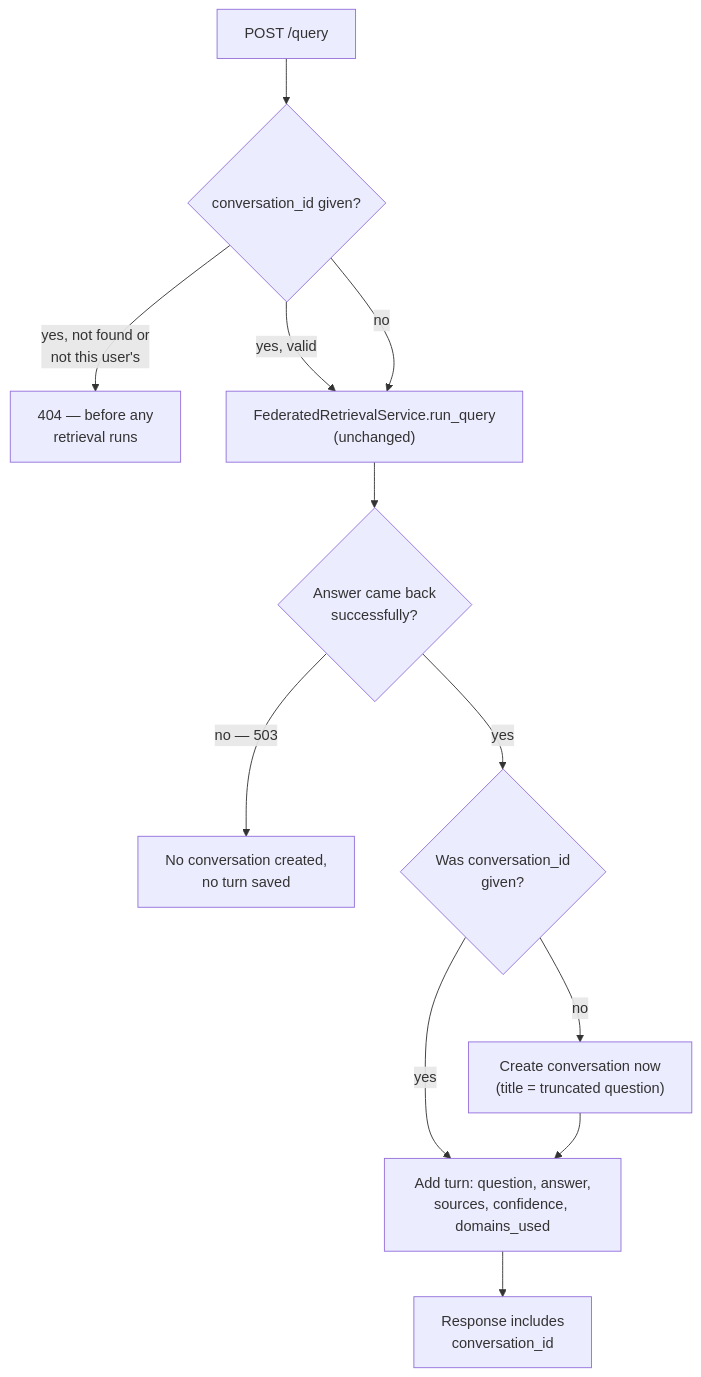
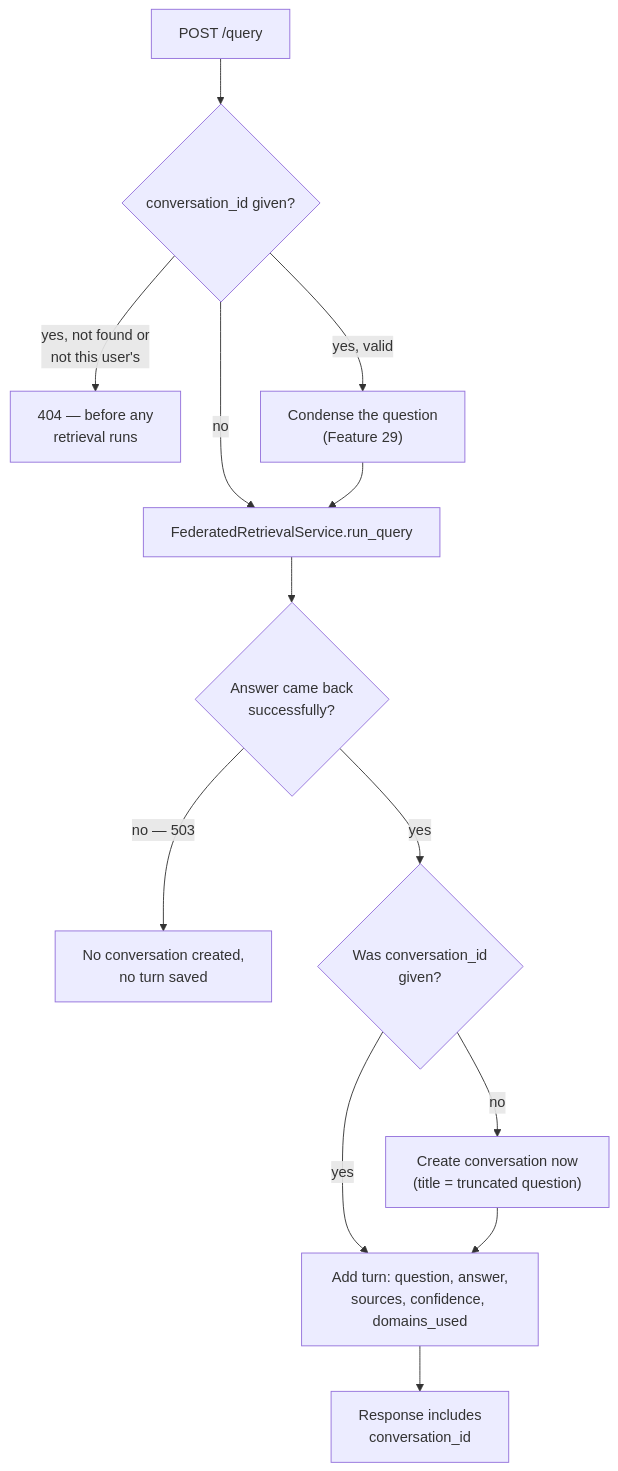
Diagram 30 of 31 in knowledge-brain/docs/INTERVIEW_PREP.md (NavdeepTU/genai_projects), drawn with Mermaid before and after one commit. The commit also changed other lines of this file and 18 other files, not shown here.

````diff
--- a/knowledge-brain/docs/INTERVIEW_PREP.md
+++ b/knowledge-brain/docs/INTERVIEW_PREP.md
@@ -3079,14 +3079,15 @@
 ```mermaid
 flowchart TD
     Q[POST /query] --> HASID{"conversation_id given?"}
     HASID -->|"yes, not found or<br/>not this user's"| E404["404 — before any<br/>retrieval runs"]
-    HASID -->|"yes, valid"| RUN
-    HASID -->|no| RUN["FederatedRetrievalService.run_query<br/>(unchanged)"]
+    HASID -->|"yes, valid"| CONDENSE
+    HASID -->|no| RUN
+    CONDENSE["Condense the question<br/>(Feature 29)"] --> RUN["FederatedRetrievalService.run_query"]
     RUN --> RESULT{Answer came back<br/>successfully?}
     RESULT -->|"no — 503"| FAIL["No conversation created,<br/>no turn saved"]
     RESULT -->|yes| CREATE{"Was conversation_id<br/>given?"}
     CREATE -->|no| NEWCONV["Create conversation now<br/>(title = truncated question)"]
     CREATE -->|yes| ADDTURN
     NEWCONV --> ADDTURN["Add turn: question, answer,<br/>sources, confidence, domains_used"]
     ADDTURN --> RESP["Response includes<br/>conversation_id"]
 ```
````
